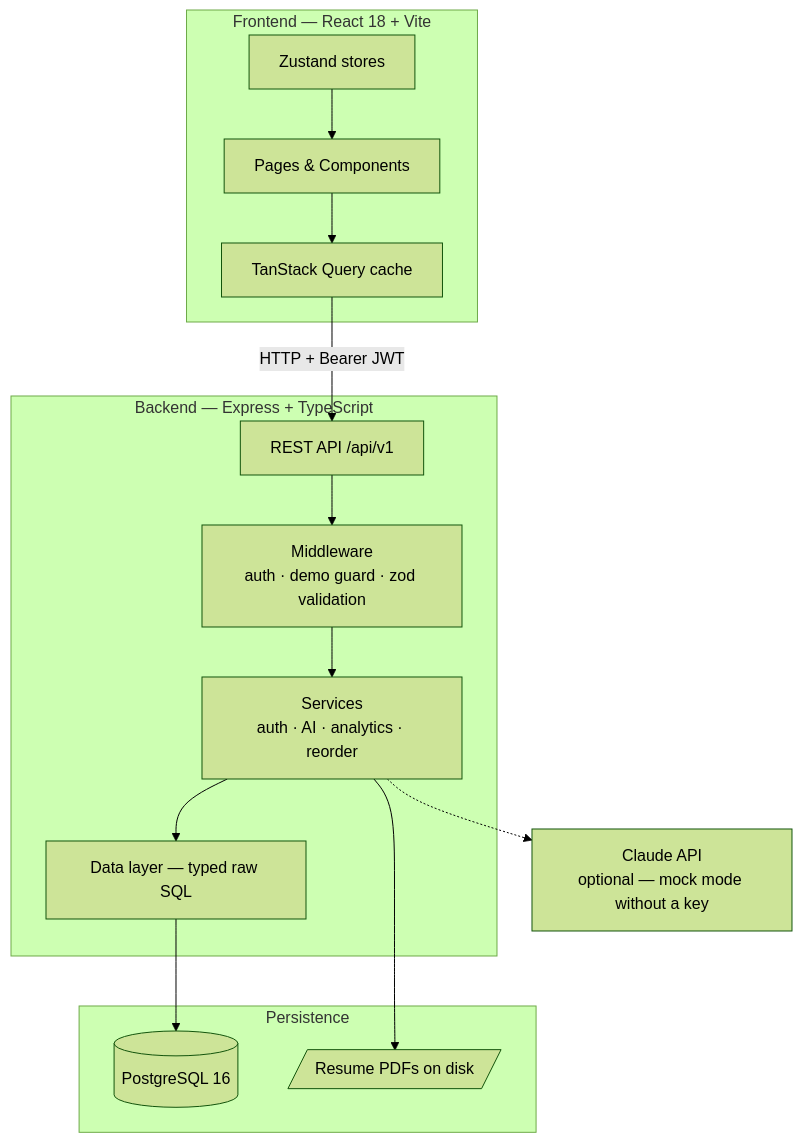
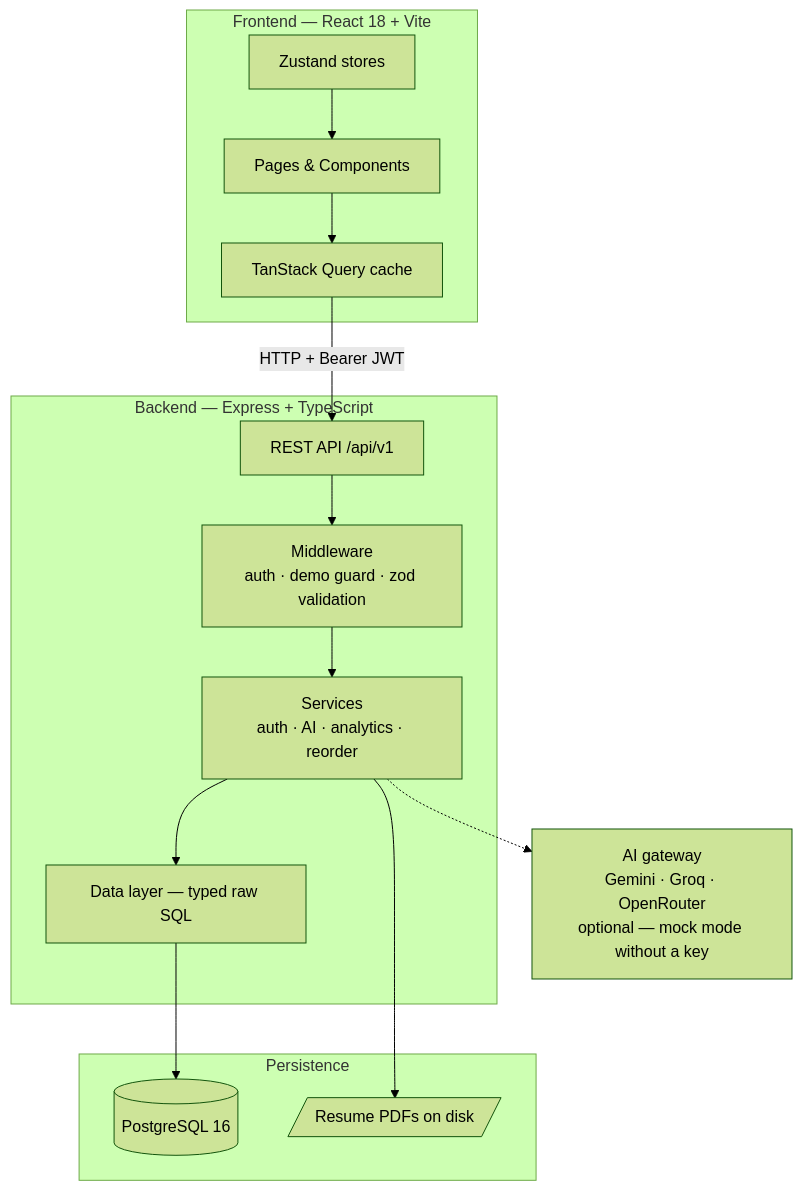
Before and after one commit to me-adityaraj8/career-os: the second of 10 diagrams in README.md, drawn with Mermaid (forest theme). The commit also changed other lines of this file and 19 other files, not shown here.

````diff
--- a/README.md
+++ b/README.md
@@ -274,29 +279,29 @@
 ```mermaid
 graph TB
     subgraph Client["Frontend — React 18 + Vite"]
         UI[Pages & Components]
         RQ[TanStack Query cache]
         ZS[Zustand stores]
     end
 
     subgraph Server["Backend — Express + TypeScript"]
         MW[Middleware<br/>auth · demo guard · zod validation]
         API[REST API /api/v1]
         SVC[Services<br/>auth · AI · analytics · reorder]
         DAL[Data layer — typed raw SQL]
     end
 
     subgraph Data["Persistence"]
         PG[(PostgreSQL 16)]
         FS[/Resume PDFs on disk/]
     end
 
-    Claude[Claude API<br/>optional — mock mode without a key]
+    AIP[AI gateway<br/>Gemini · Groq · OpenRouter<br/>optional — mock mode without a key]
 
     UI --> RQ
     ZS --> UI
     RQ -->|HTTP + Bearer JWT| API
     API --> MW --> SVC --> DAL --> PG
     SVC --> FS
-    SVC -.-> Claude
+    SVC -.-> AIP
 ```
````
